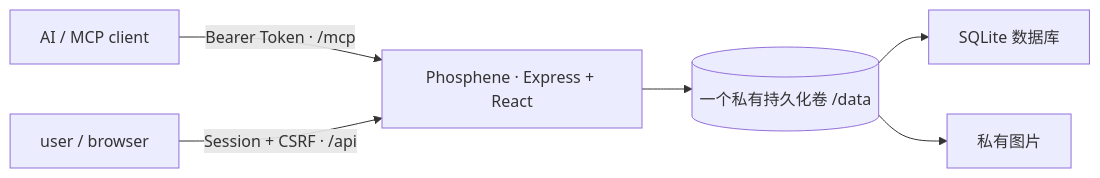
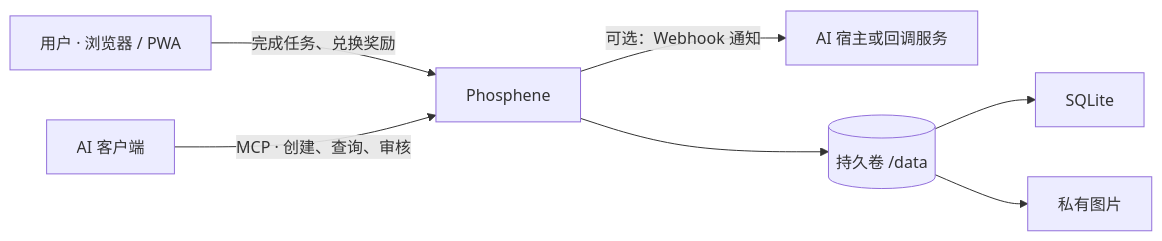
One commit to 3lmglow/Phosphene changed the diagram in README.md. Above: the diagram before and after it, drawn with Mermaid. The commit also changed other lines of this file and 30 other files, not shown here.

````diff
--- a/README.md
+++ b/README.md
@@ -34,8 +27,9 @@
 ```mermaid
 flowchart LR
-  AI["AI / MCP client"] -->|"Bearer Token · /mcp"| APP["Phosphene · Express + React"]
-  USER["user / browser"] -->|"Session + CSRF · /api"| APP
-  APP --> DATA[("一个私有持久化卷 /data")]
-  DATA --> DB["SQLite 数据库"]
-  DATA --> IMG["私有图片"]
+  USER["用户 · 浏览器 / PWA"] -->|"完成任务、兑换奖励"| APP["Phosphene"]
+  AI["AI 客户端"] -->|"MCP · 创建、查询、审核"| APP
+  APP -->|"可选：Webhook 通知"| AIHOST["AI 宿主或回调服务"]
+  APP --> DATA[("持久卷 /data")]
+  DATA --> DB["SQLite"]
+  DATA --> FILES["私有图片"]
 ```
````
